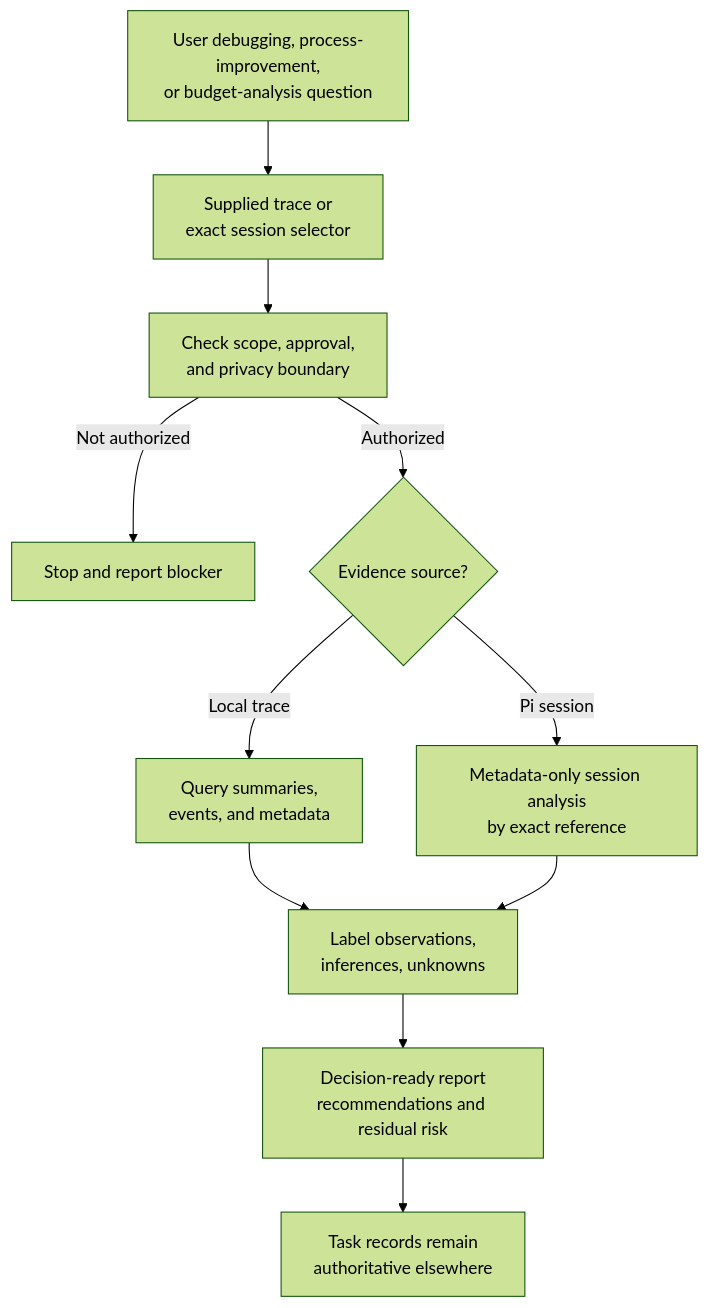
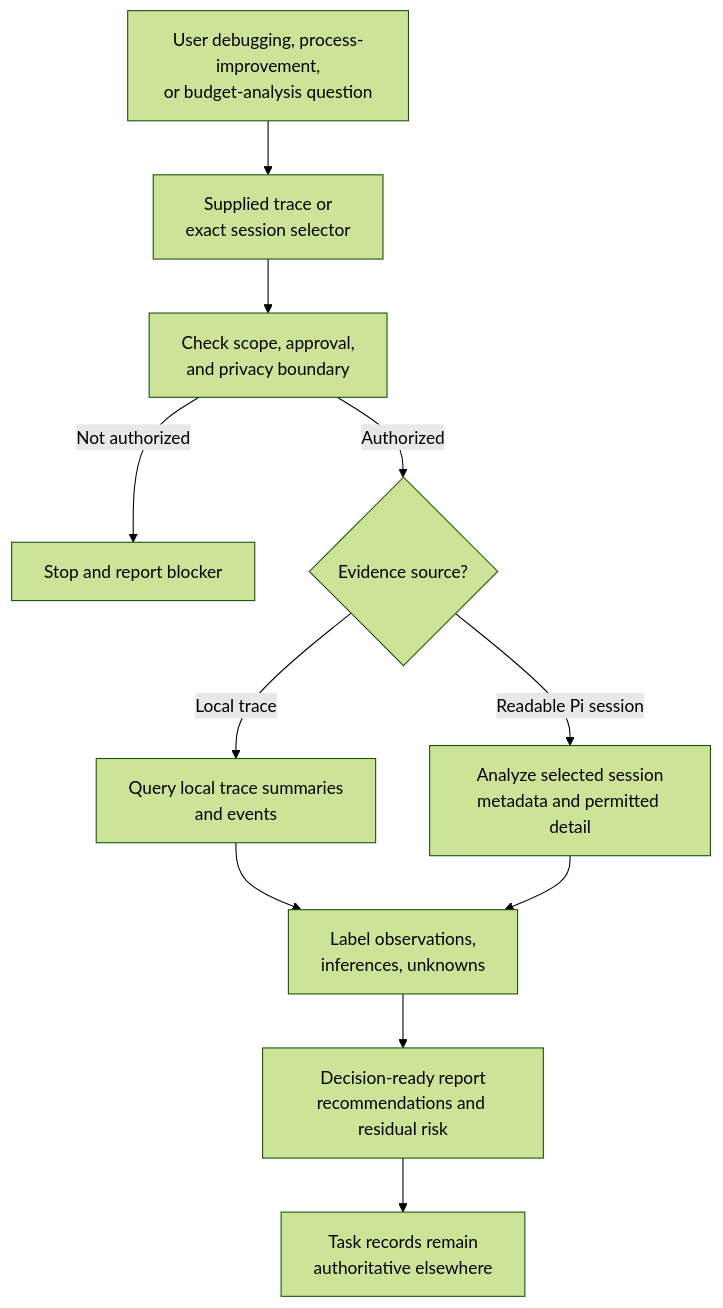
Before and after one commit to abstract-business-systems/as-is: the diagram in skills/exploring-execution-evidence/as-is.md, drawn with Mermaid (forest theme). The commit also changed other lines of this file, not shown here.

Commit message:
docs(evidence): clarify permitted local session analysis

````diff
--- a/skills/exploring-execution-evidence/as-is.md
+++ b/skills/exploring-execution-evidence/as-is.md
@@ -44,13 +44,13 @@
 ```mermaid
 flowchart TD
     Q[User debugging, process-improvement,\nor budget-analysis question] --> S[Supplied trace or\nexact session selector]
     S --> PRIV[Check scope, approval,\nand privacy boundary]
     PRIV -- Not authorized --> STOP[Stop and report blocker]
     PRIV -- Authorized --> KIND{Evidence source?}
-    KIND -- Local trace --> TRACE[Query summaries,\nevents, and metadata]
-    KIND -- Pi session --> SESSION[Metadata-only session analysis\nby exact reference]
+    KIND -- Local trace --> TRACE[Query local trace summaries\nand events]
+    KIND -- Readable Pi session --> SESSION[Analyze selected session\nmetadata and permitted detail]
     TRACE --> LABEL[Label observations,\ninferences, unknowns]
     SESSION --> LABEL
     LABEL --> REPORT[Decision-ready report\nrecommendations and residual risk]
     REPORT --> AUTH[Task records remain\nauthoritative elsewhere]
 ```
````
